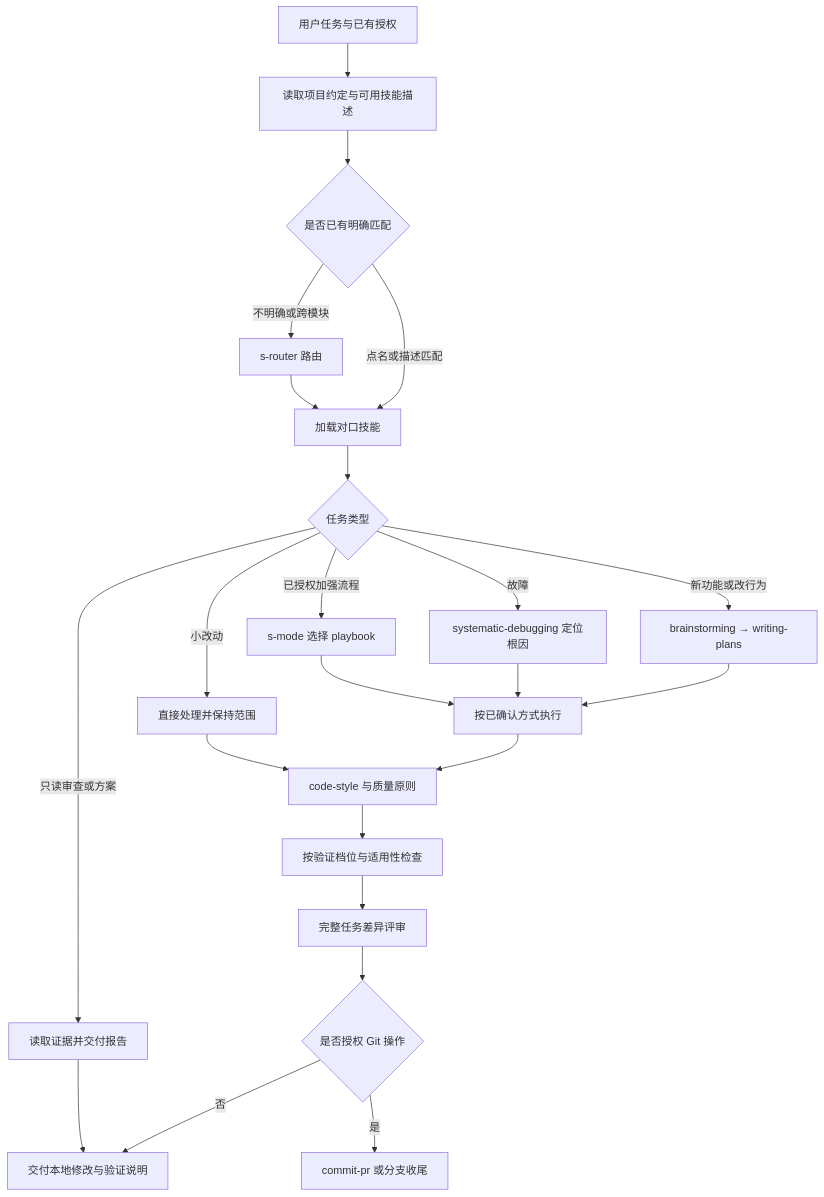
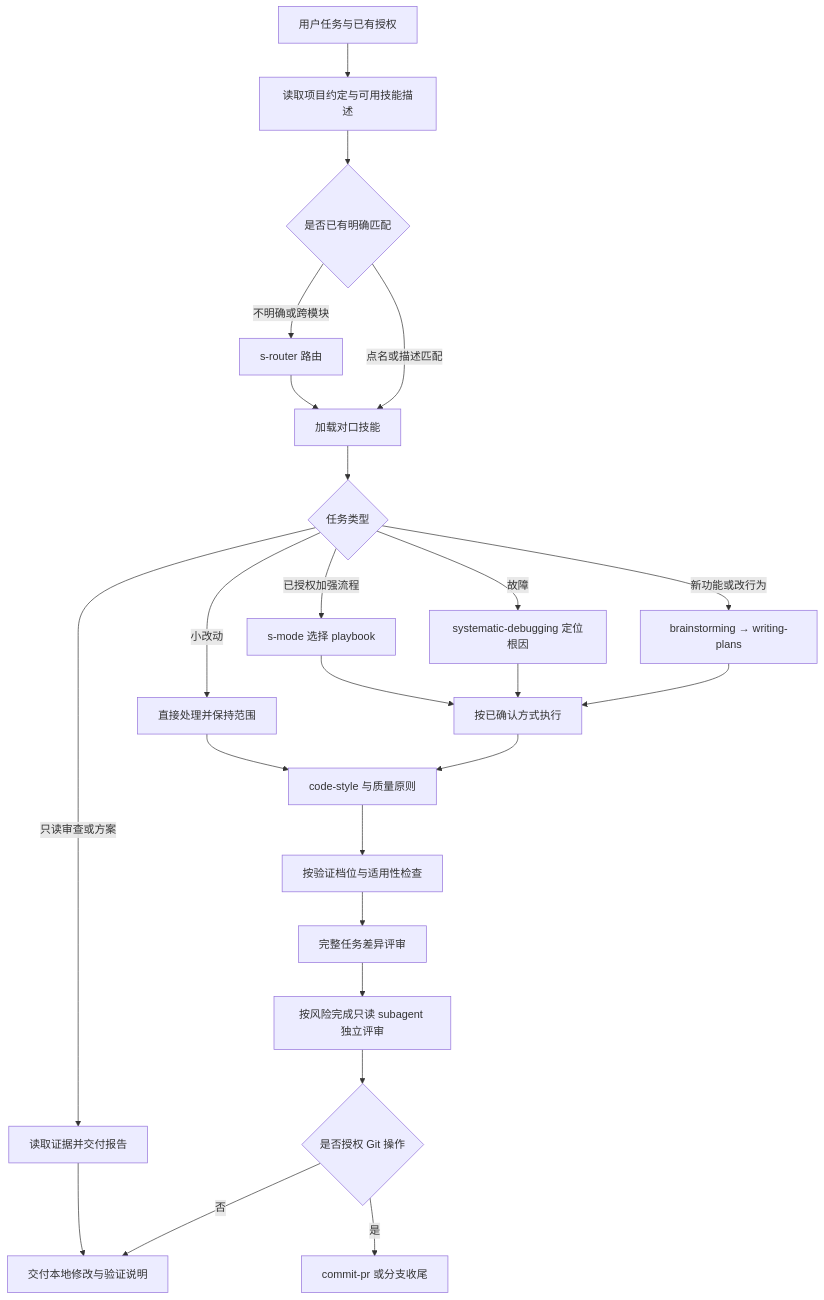
Before and after one commit to Acefake/s-skills: the diagram in README.md, drawn with Mermaid. The commit also changed other lines of this file and 16 other files, not shown here.

````diff
--- a/README.md
+++ b/README.md
@@ -56,24 +56,25 @@
 ```mermaid
 flowchart TD
     A[用户任务与已有授权] --> B[读取项目约定与可用技能描述]
     B --> C{是否已有明确匹配}
     C -->|点名或描述匹配| D[加载对口技能]
     C -->|不明确或跨模块| R[s-router 路由] --> D
     D --> E{任务类型}
     E -->|小改动| F[直接处理并保持范围]
     E -->|新功能或改行为| G[brainstorming → writing-plans]
     E -->|故障| H[systematic-debugging 定位根因]
     E -->|只读审查或方案| I[读取证据并交付报告]
     E -->|已授权加强流程| J[s-mode 选择 playbook]
     G --> K[按已确认方式执行]
     H --> K
     J --> K
     K --> L[code-style 与质量原则]
     F --> L
     L --> M[按验证档位与适用性检查]
     M --> N[完整任务差异评审]
-    N --> O{是否授权 Git 操作}
+    N --> V[按风险完成只读 subagent 独立评审]
+    V --> O{是否授权 Git 操作}
     O -->|否| P[交付本地修改与验证说明]
     O -->|是| Q[commit-pr 或分支收尾]
     I --> P
 ```
````
